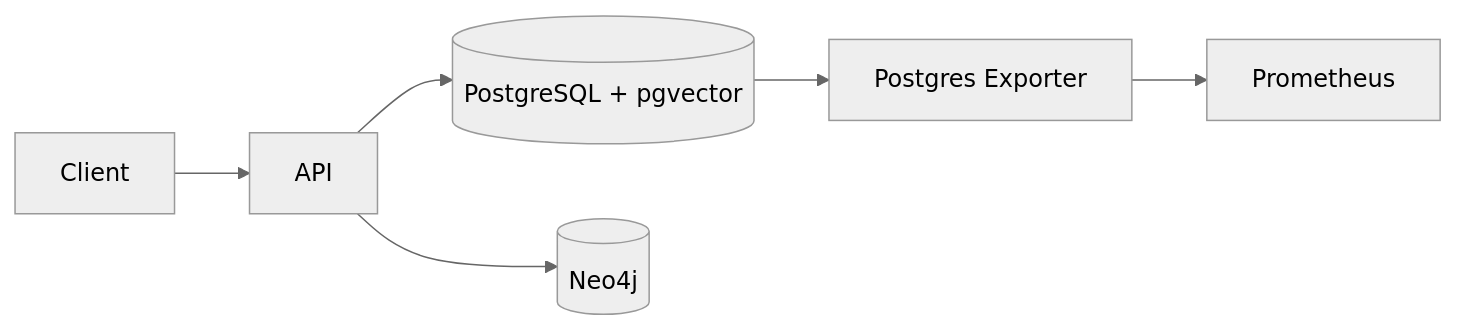
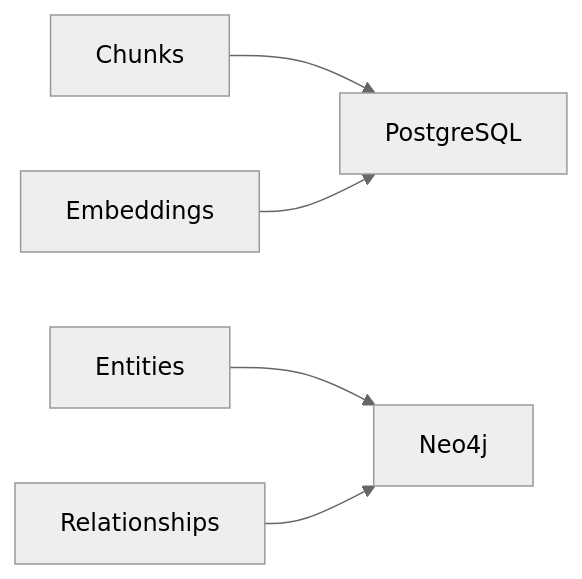
One commit to DMontgomery40/tribrid-rag changed the diagram in mkdocs/docs/database.md. Above: the diagram before and after it, drawn with Mermaid (neutral theme). The commit also changed other lines of this file and 72 other files, not shown here.

````diff
--- a/mkdocs/docs/database.md
+++ b/mkdocs/docs/database.md
@@ -46,8 +52,7 @@
 ```mermaid
 flowchart LR
-    Client --> API
-    API --> PG[("PostgreSQL + pgvector")]
-    API --> NEO[("Neo4j")]
-    PG --> EXP["Postgres Exporter"]
-    EXP --> PROM["Prometheus"]
+    CH["Chunks"] --> PG["PostgreSQL"]
+    EMB["Embeddings"] --> PG
+    ENT["Entities"] --> NEO["Neo4j"]
+    REL["Relationships"] --> NEO
 ```
````
